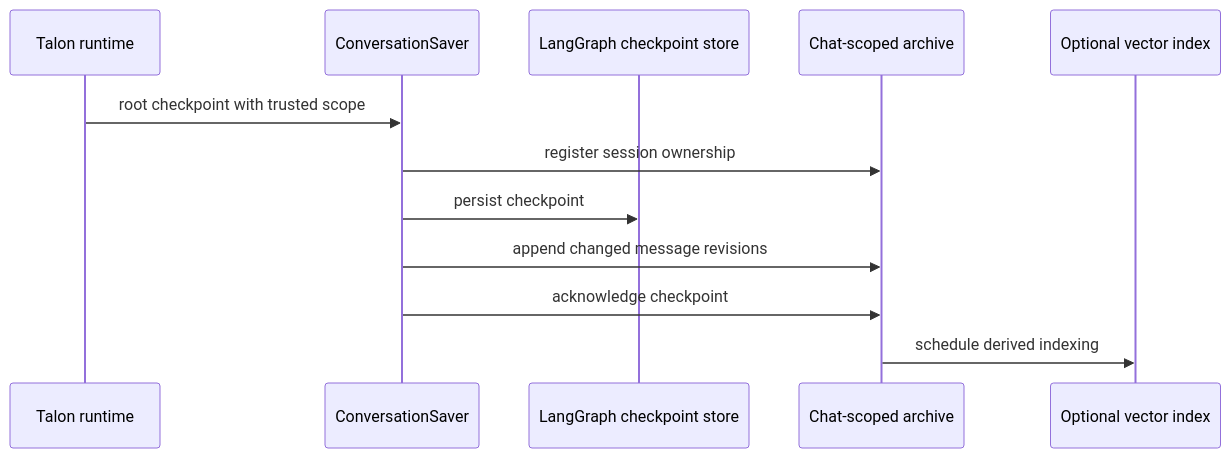
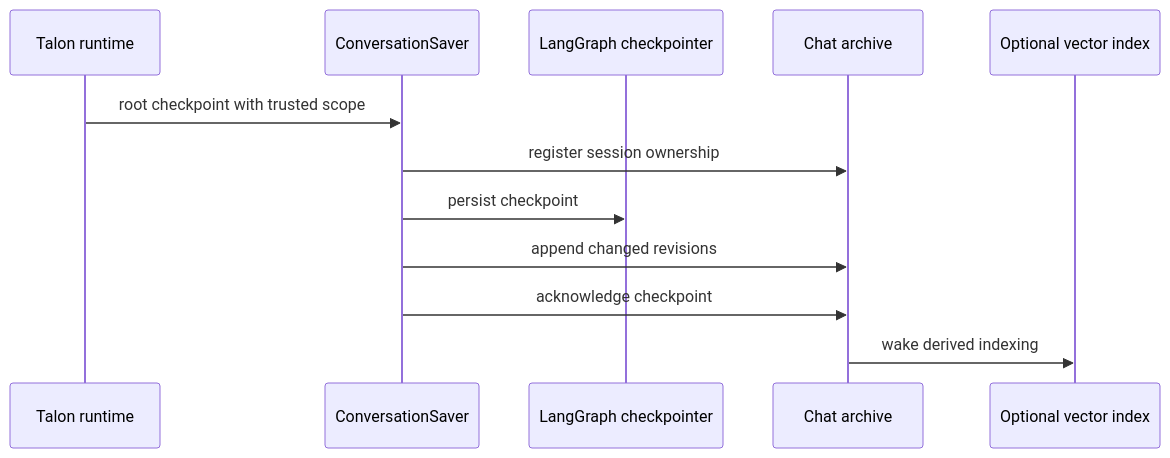
One commit to langchain-ai/deepagents changed the diagram in openwiki/concepts/state-persistence.md. Above: the diagram before and after it, drawn with Mermaid. The commit also changed other lines of this file and 47 other files, not shown here.

````diff
--- a/openwiki/concepts/state-persistence.md
+++ b/openwiki/concepts/state-persistence.md
@@ -55,15 +63,15 @@
 ```mermaid
 sequenceDiagram
     participant Runtime as Talon runtime
     participant Saver as ConversationSaver
-    participant Checkpoint as LangGraph checkpoint store
-    participant Archive as Chat-scoped archive
+    participant Checkpointer as LangGraph checkpointer
+    participant Archive as Chat archive
     participant Vectors as Optional vector index
 
     Runtime->>Saver: root checkpoint with trusted scope
     Saver->>Archive: register session ownership
-    Saver->>Checkpoint: persist checkpoint
-    Saver->>Archive: append changed message revisions
+    Saver->>Checkpointer: persist checkpoint
+    Saver->>Archive: append changed revisions
     Saver->>Archive: acknowledge checkpoint
-    Archive->>Vectors: schedule derived indexing
+    Archive->>Vectors: wake derived indexing
 ```
````
